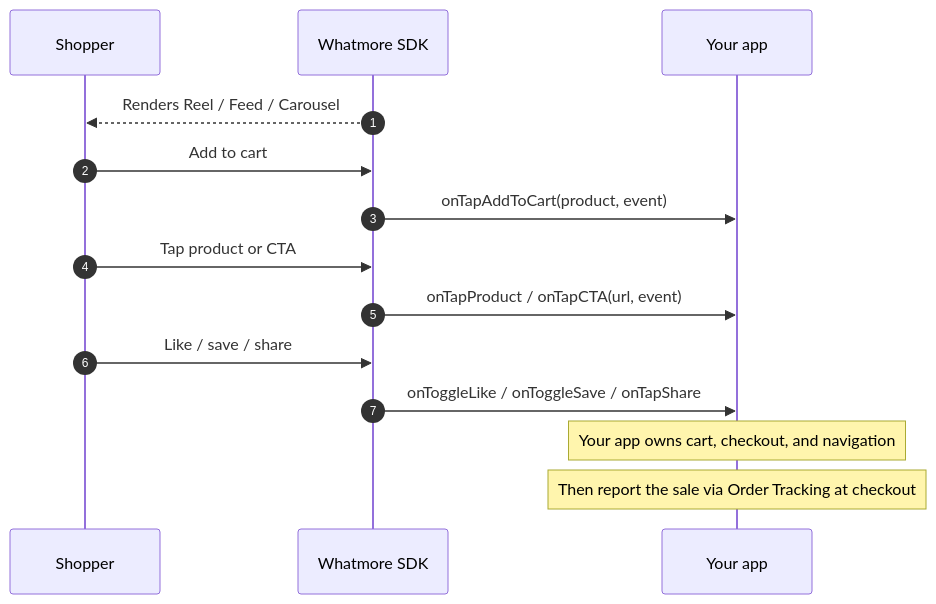
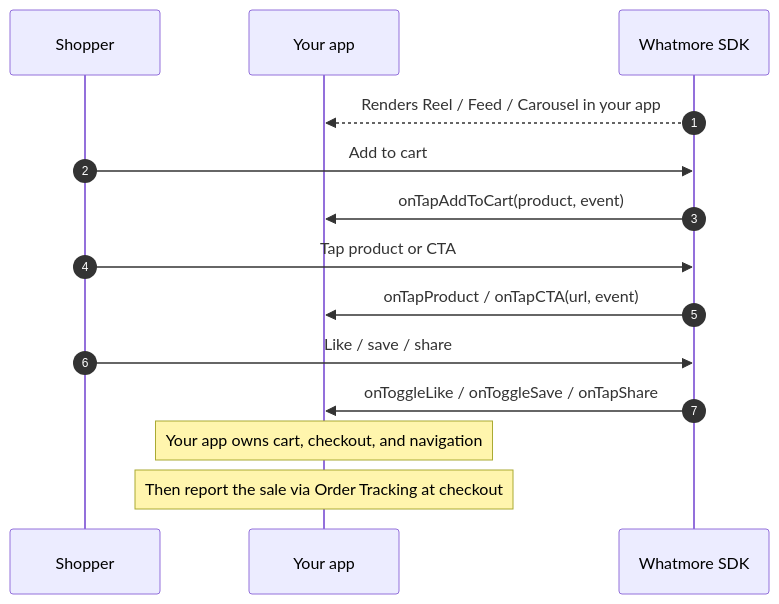
The diagram in integrations/app-sdk.md (projectx-tech/whatmore-docs), drawn with Mermaid before and after one commit. The commit also changed 1 other file, not shown here.

Commit message:
Diagrams: hide Mermaid pan/zoom controls; unify order Shopper|Client|Whatmore
- actions={false} on both sequence diagrams so the controls stop overlapping
  the bottom-right content.
- App SDK: reorder participants to Shopper, Your app, Whatmore SDK — matching
  the Overview diagram's Shopper, Your storefront, Whatmore.

````diff
--- a/integrations/app-sdk.md
+++ b/integrations/app-sdk.md
@@ -40,16 +40,16 @@
-```mermaid
+```mermaid actions={false}
 sequenceDiagram
     autonumber
     participant U as Shopper
-    participant S as Whatmore SDK
     participant A as Your app
-    S-->>U: Renders Reel / Feed / Carousel
-    U->>S: Add to cart
-    S->>A: onTapAddToCart(product, event)
-    U->>S: Tap product or CTA
-    S->>A: onTapProduct / onTapCTA(url, event)
-    U->>S: Like / save / share
-    S->>A: onToggleLike / onToggleSave / onTapShare
+    participant W as Whatmore SDK
+    W-->>A: Renders Reel / Feed / Carousel in your app
+    U->>W: Add to cart
+    W->>A: onTapAddToCart(product, event)
+    U->>W: Tap product or CTA
+    W->>A: onTapProduct / onTapCTA(url, event)
+    U->>W: Like / save / share
+    W->>A: onToggleLike / onToggleSave / onTapShare
     Note over A: Your app owns cart, checkout, and navigation
     Note over A: Then report the sale via Order Tracking at checkout
 ```
````
